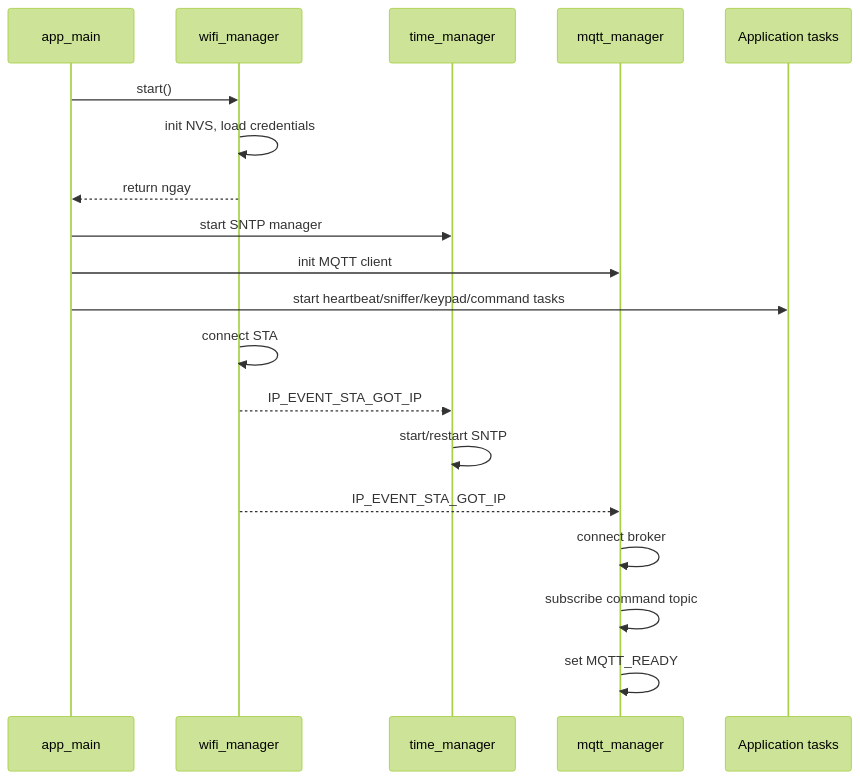
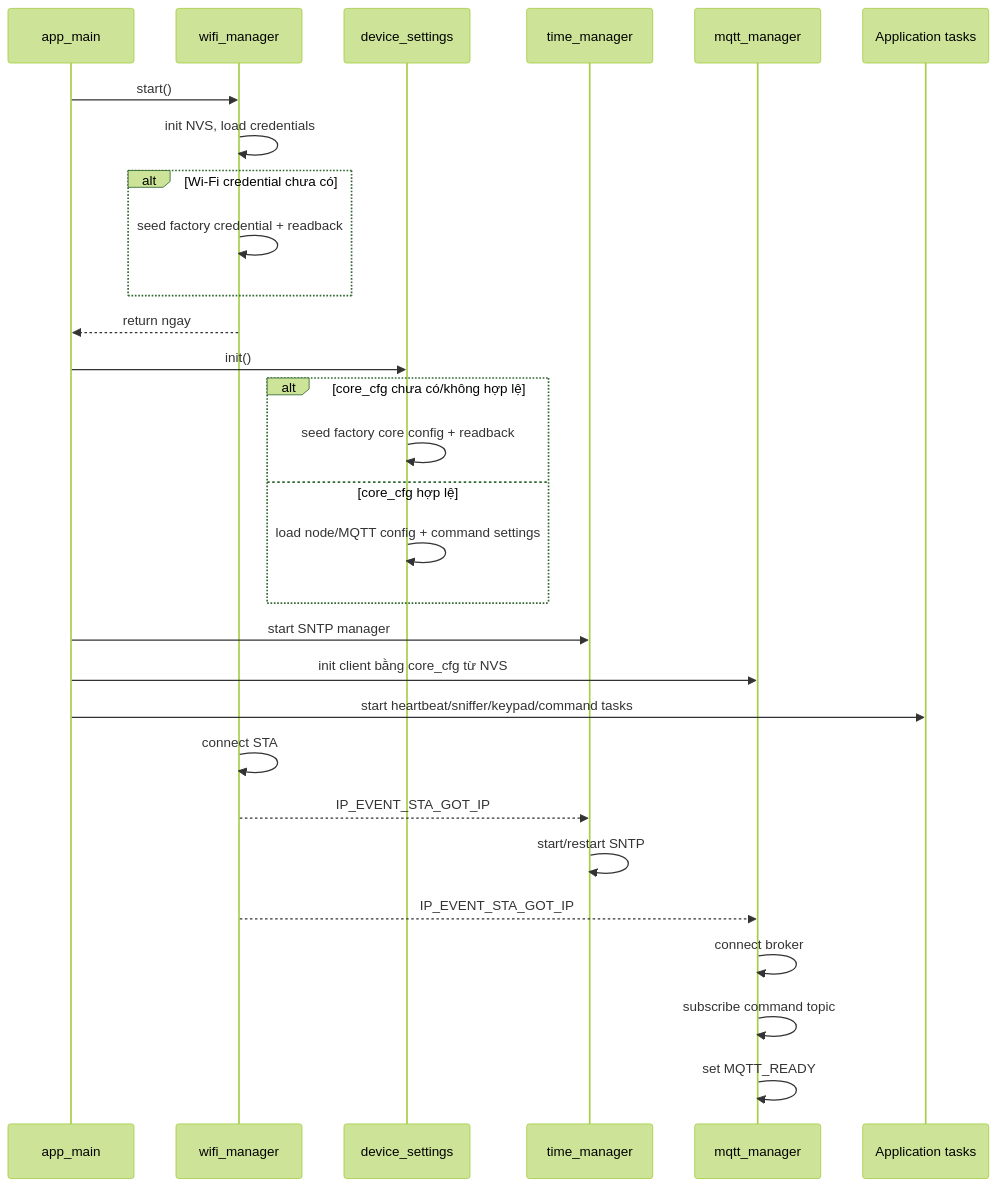
One commit to kenhkythuat/keyboard_phuongnam changed the first of 10 diagrams in docs/iot/firmware/flow.md. Above: the diagram before and after it, drawn with Mermaid (forest theme). The commit also changed other lines of this file and 9 other files, not shown here.

````diff
--- a/docs/iot/firmware/flow.md
+++ b/docs/iot/firmware/flow.md
@@ -5,22 +5,32 @@
 ```mermaid
 sequenceDiagram
     participant Boot as app_main
     participant WiFi as wifi_manager
+    participant Settings as device_settings
     participant Time as time_manager
     participant MQTT as mqtt_manager
     participant App as Application tasks
 
     Boot->>WiFi: start()
     WiFi->>WiFi: init NVS, load credentials
+    alt Wi-Fi credential chưa có
+        WiFi->>WiFi: seed factory credential + readback
+    end
     WiFi-->>Boot: return ngay
+    Boot->>Settings: init()
+    alt core_cfg chưa có/không hợp lệ
+        Settings->>Settings: seed factory core config + readback
+    else core_cfg hợp lệ
+        Settings->>Settings: load node/MQTT config + command settings
+    end
     Boot->>Time: start SNTP manager
-    Boot->>MQTT: init MQTT client
+    Boot->>MQTT: init client bằng core_cfg từ NVS
     Boot->>App: start heartbeat/sniffer/keypad/command tasks
     WiFi->>WiFi: connect STA
     WiFi-->>Time: IP_EVENT_STA_GOT_IP
     Time->>Time: start/restart SNTP
     WiFi-->>MQTT: IP_EVENT_STA_GOT_IP
     MQTT->>MQTT: connect broker
     MQTT->>MQTT: subscribe command topic
     MQTT->>MQTT: set MQTT_READY
 ```
````
